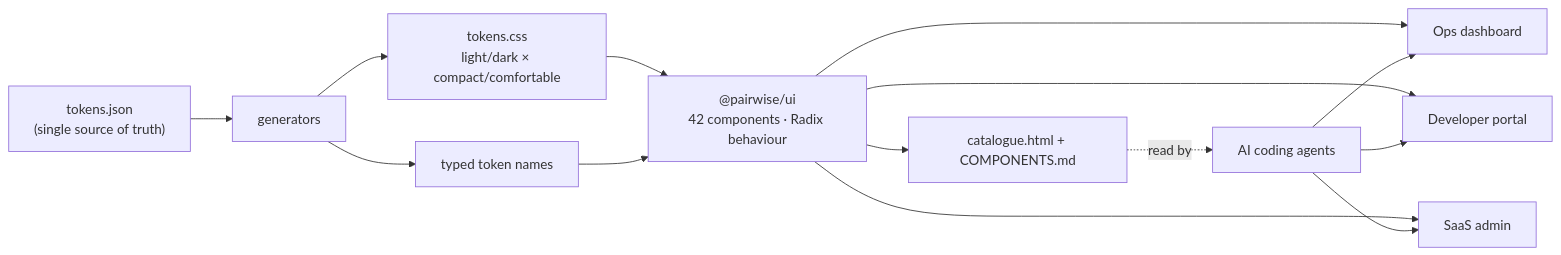
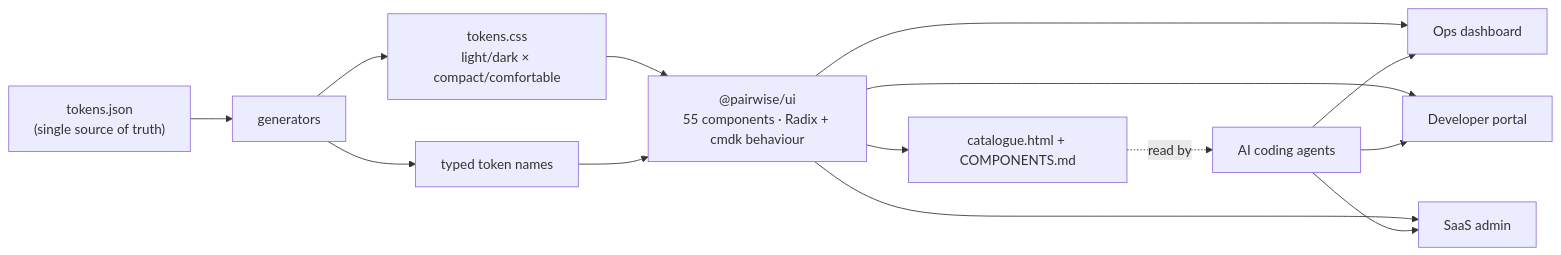
One commit to mithunmanohar/pairwise-saas-design-system changed the diagram in README.md. Above: the diagram before and after it, drawn with Mermaid. The commit also changed other lines of this file and 12 other files, not shown here.

````diff
--- a/README.md
+++ b/README.md
@@ -175,14 +176,14 @@
 ```mermaid
 flowchart LR
   T["tokens.json<br/>(single source of truth)"] --> G["generators"]
   G --> CSS["tokens.css<br/>light/dark × compact/comfortable"]
   G --> TS["typed token names"]
-  CSS --> P["@pairwise/ui<br/>42 components · Radix behaviour"]
+  CSS --> P["@pairwise/ui<br/>55 components · Radix + cmdk behaviour"]
   TS --> P
   P --> D["catalogue.html + COMPONENTS.md"]
   P --> A1["Ops dashboard"]
   P --> A2["Developer portal"]
   P --> A3["SaaS admin"]
   D -. read by .-> AI["AI coding agents"]
   AI --> A1 & A2 & A3
 ```
````
